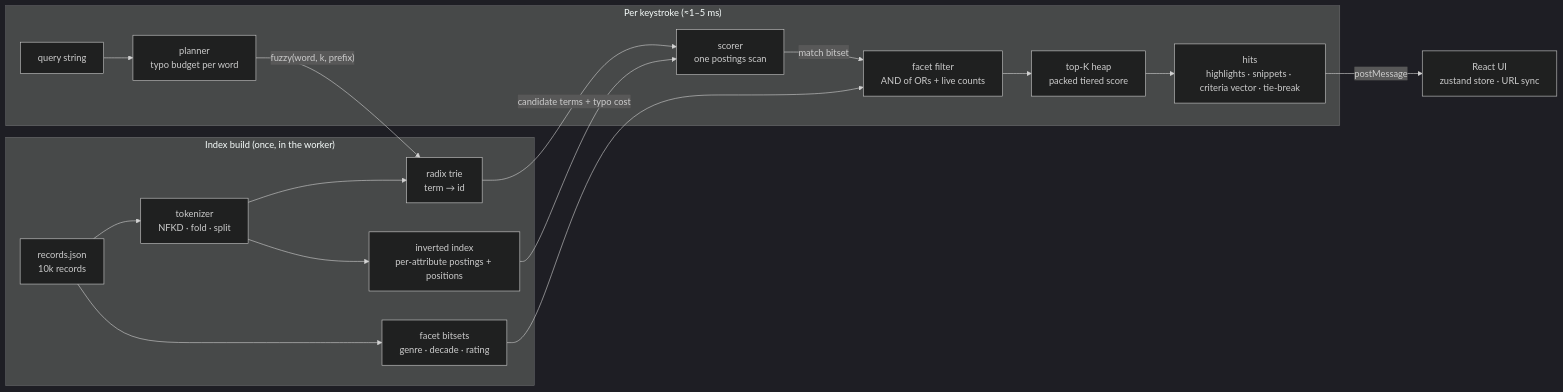
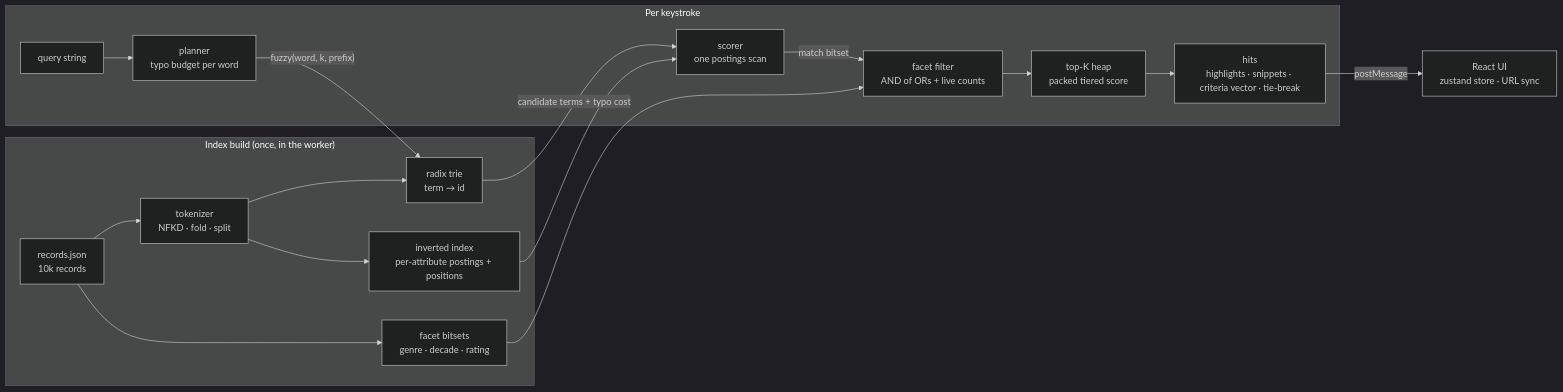
Before and after one commit to justalivefornothing/sift-search: the diagram in README.md, drawn with Mermaid (dark theme). The commit also changed other lines of this file, not shown here.

````diff
--- a/README.md
+++ b/README.md
@@ -37,22 +48,22 @@
 ```mermaid
 flowchart LR
   subgraph build["Index build (once, in the worker)"]
     R[records.json<br/>10k records] --> T[tokenizer<br/>NFKD · fold · split]
     T --> II[inverted index<br/>per-attribute postings + positions]
     T --> TR[radix trie<br/>term → id]
     R --> FB[facet bitsets<br/>genre · decade · rating]
   end
 
-  subgraph query["Per keystroke (≈1–5 ms)"]
+  subgraph query["Per keystroke"]
     Q[query string] --> P[planner<br/>typo budget per word]
     P -->|"fuzzy(word, k, prefix)"| TR
     TR -->|"candidate terms + typo cost"| S[scorer<br/>one postings scan]
     II --> S
     S -->|"match bitset"| F[facet filter<br/>AND of ORs + live counts]
     FB --> F
     F --> K[top-K heap<br/>packed tiered score]
     K --> H[hits<br/>highlights · snippets · criteria vector · tie-break]
   end
 
   H -->|postMessage| UI[React UI<br/>zustand store · URL sync]
 ```
````
